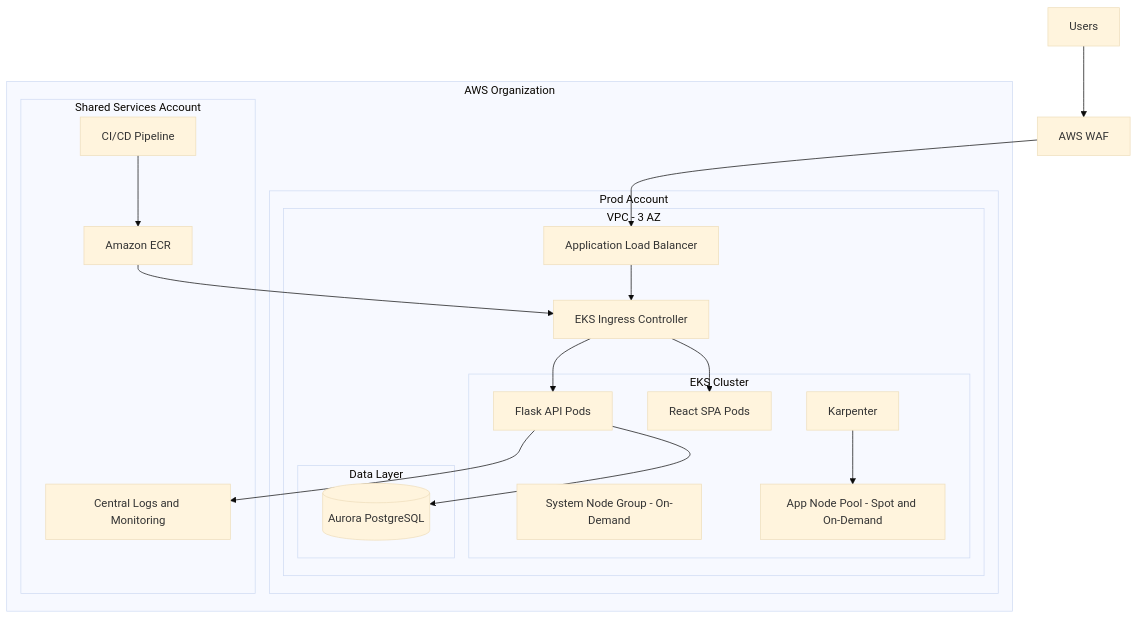
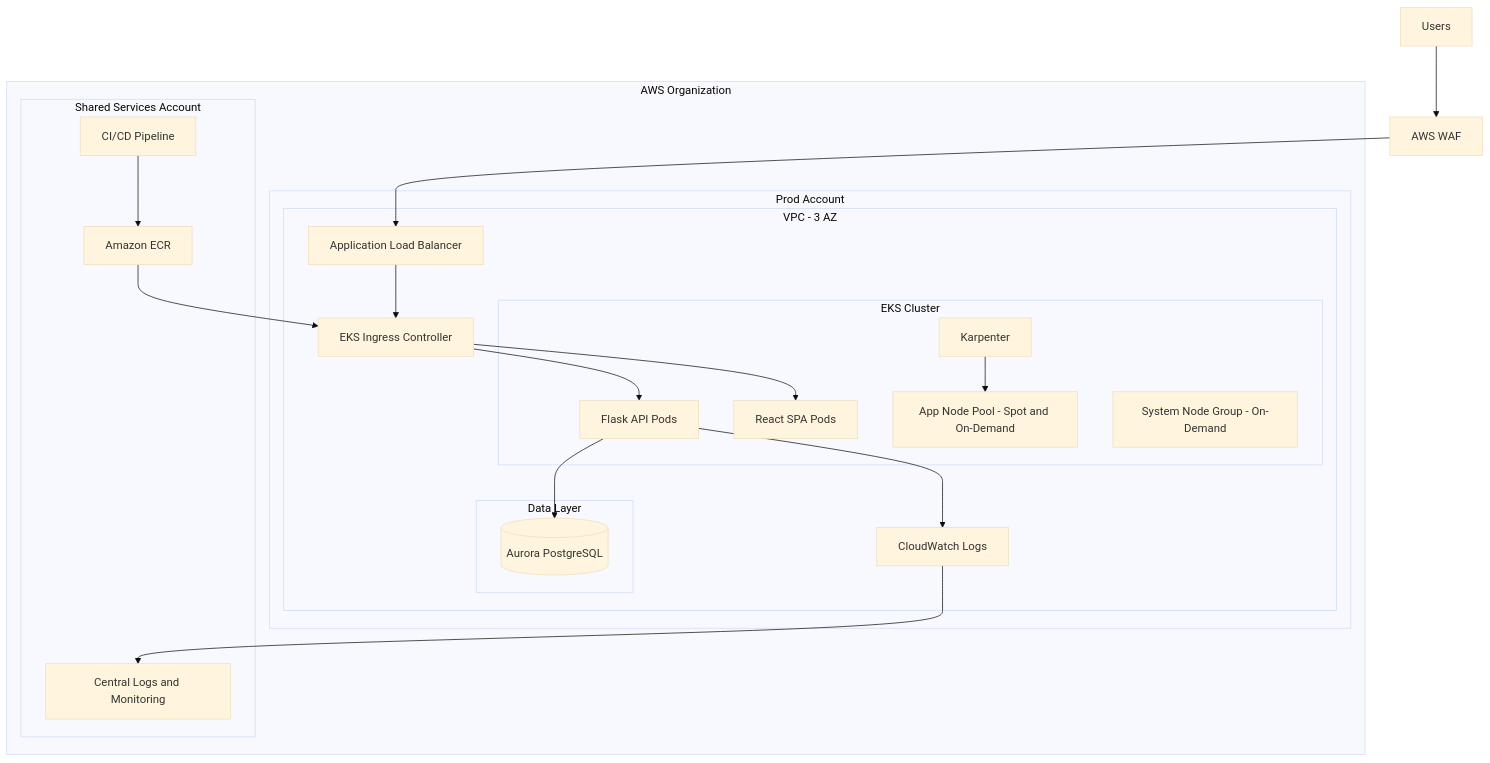
The diagram in architecture/diagrams/high-level-architecture.mmd (gezim-tech/opsfleet), drawn with Mermaid (base theme) before and after one commit. The commit also changed 1 other file, not shown here.

Commit message:
fix: improve readability for arch diagram

```diff
--- a/architecture/diagrams/high-level-architecture.mmd
+++ b/architecture/diagrams/high-level-architecture.mmd
@@ -1,36 +1,39 @@
 flowchart TB
   U[Users] --> WAF[AWS WAF]
   WAF --> ALB[Application Load Balancer]
 
   subgraph ORG[AWS Organization]
+    subgraph SHARED[Shared Services Account]
+      CI[CI/CD Pipeline] --> ECR[Amazon ECR]
+      LOGS[Central Logs and Monitoring]
+    end
+
     subgraph PROD[Prod Account]
       subgraph VPC[VPC - 3 AZ]
         ALB --> ING[EKS Ingress Controller]
 
         subgraph EKS[EKS Cluster]
+          API[Flask API Pods]
+          FE[React SPA Pods]
+          KARP[Karpenter]
+          APPN[App Node Pool - Spot and On-Demand]
           SYS[System Node Group - On-Demand]
-          APPN[App Node Pool - Spot and On-Demand]
-          KARP[Karpenter]
-          FE[React SPA Pods]
-          API[Flask API Pods]
         end
 
         subgraph DATA[Data Layer]
           DB[(Aurora PostgreSQL)]
         end
 
+        CWL[CloudWatch Logs]
+
+        ING --> API
         ING --> FE
-        ING --> API
         API --> DB
+        API --> CWL
         KARP --> APPN
       end
     end
 
-    subgraph SHARED[Shared Services Account]
-      CI[CI/CD Pipeline] --> ECR[Amazon ECR]
-      LOGS[Central Logs and Monitoring]
-    end
-
     ECR --> ING
-    API --> LOGS
+    CWL --> LOGS
   end
```
